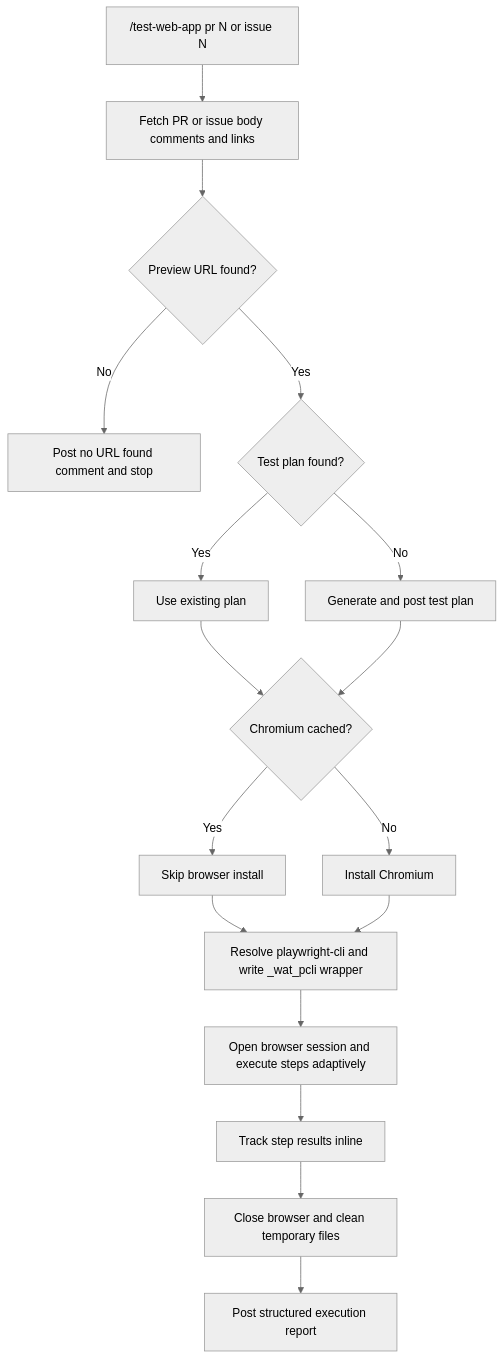
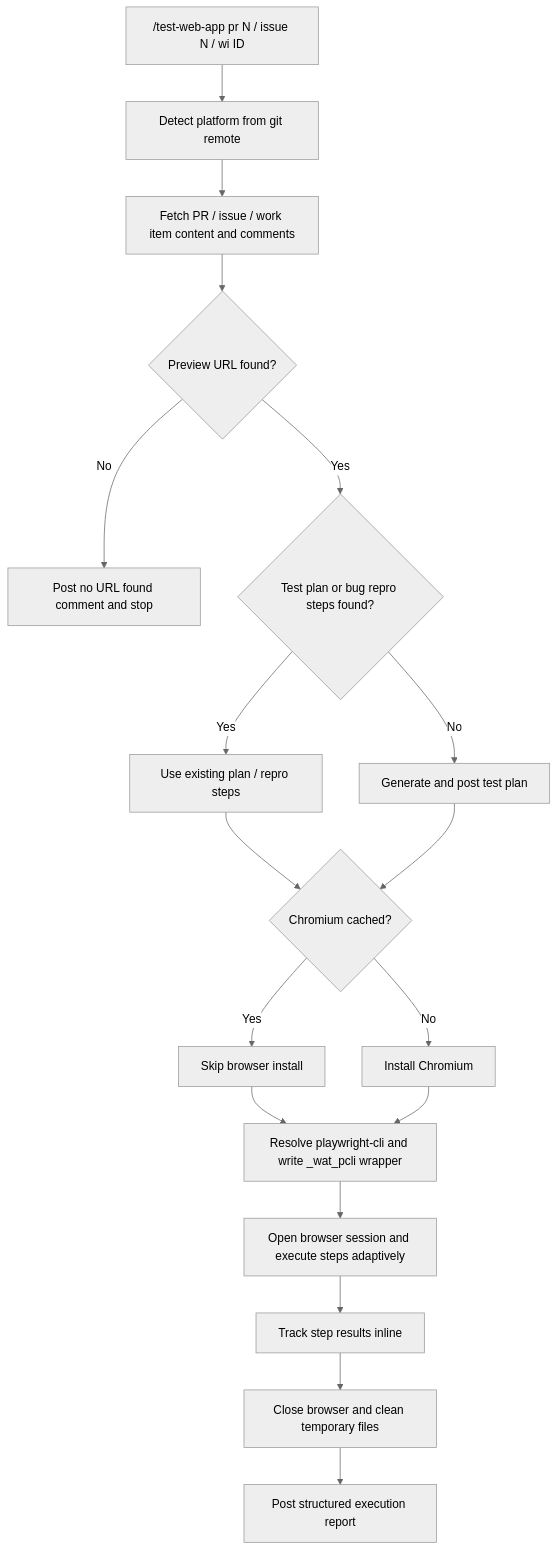
Before and after one commit to Chamalasela/documentation: the diagram in src/content/docs/official-plugins/web-app-tester.md, drawn with Mermaid (neutral theme). The commit also changed other lines of this file, not shown here.

Commit message:
docs: update web-app-tester documentation to cover Azure DevOps support, wi entry point, and ADO rule examples

````diff
--- a/src/content/docs/official-plugins/web-app-tester.md
+++ b/src/content/docs/official-plugins/web-app-tester.md
@@ -20,19 +20,20 @@
 ```mermaid
 flowchart TD
-    A["/test-web-app pr N or issue N"] --> B[Fetch PR or issue body comments and links]
+    A["/test-web-app pr N / issue N / wi ID"] --> P[Detect platform from git remote]
+    P --> B[Fetch PR / issue / work item content and comments]
     B --> C{Preview URL found?}
     C -- No --> D[Post no URL found comment and stop]
-    C -- Yes --> E{Test plan found?}
-    E -- Yes --> F[Use existing plan]
+    C -- Yes --> E{Test plan or bug repro steps found?}
+    E -- Yes --> F[Use existing plan / repro steps]
     E -- No --> G[Generate and post test plan]
     F --> H{Chromium cached?}
     G --> H
     H -- Yes --> I[Skip browser install]
     H -- No --> J[Install Chromium]
     I --> K[Resolve playwright-cli and write _wat_pcli wrapper]
     J --> K
     K --> L[Open browser session and execute steps adaptively]
     L --> M[Track step results inline]
     M --> N[Close browser and clean temporary files]
     N --> O[Post structured execution report]
 ```
````
